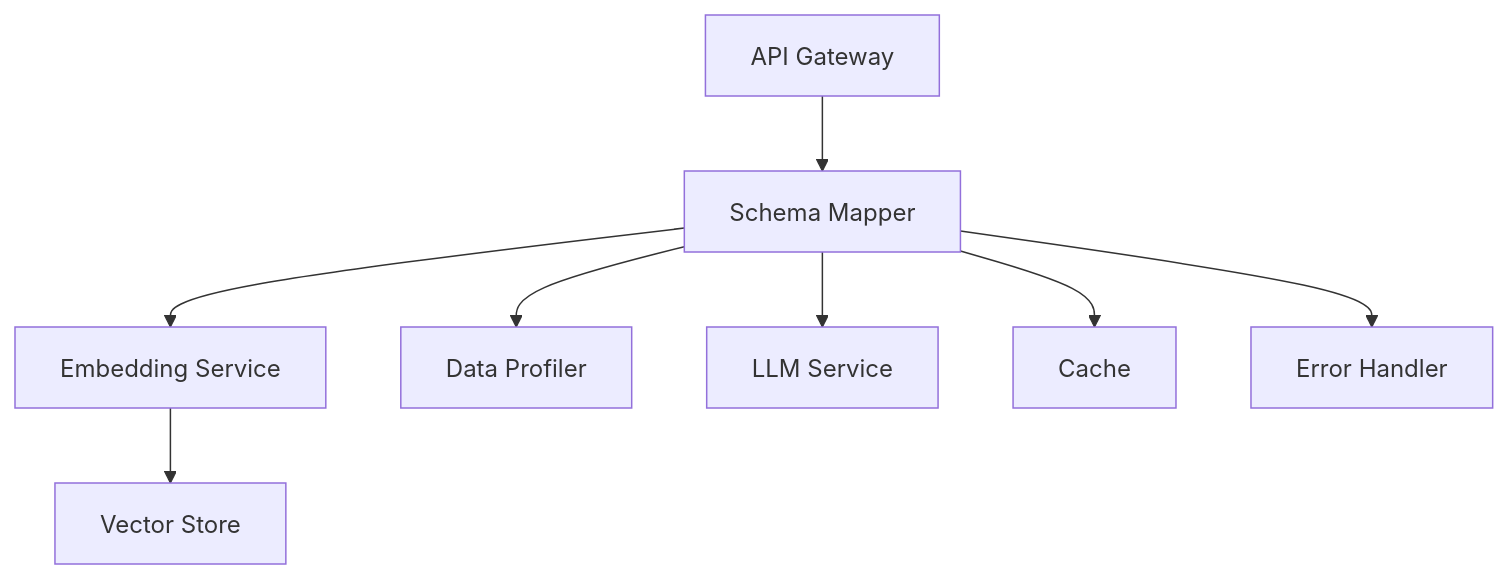
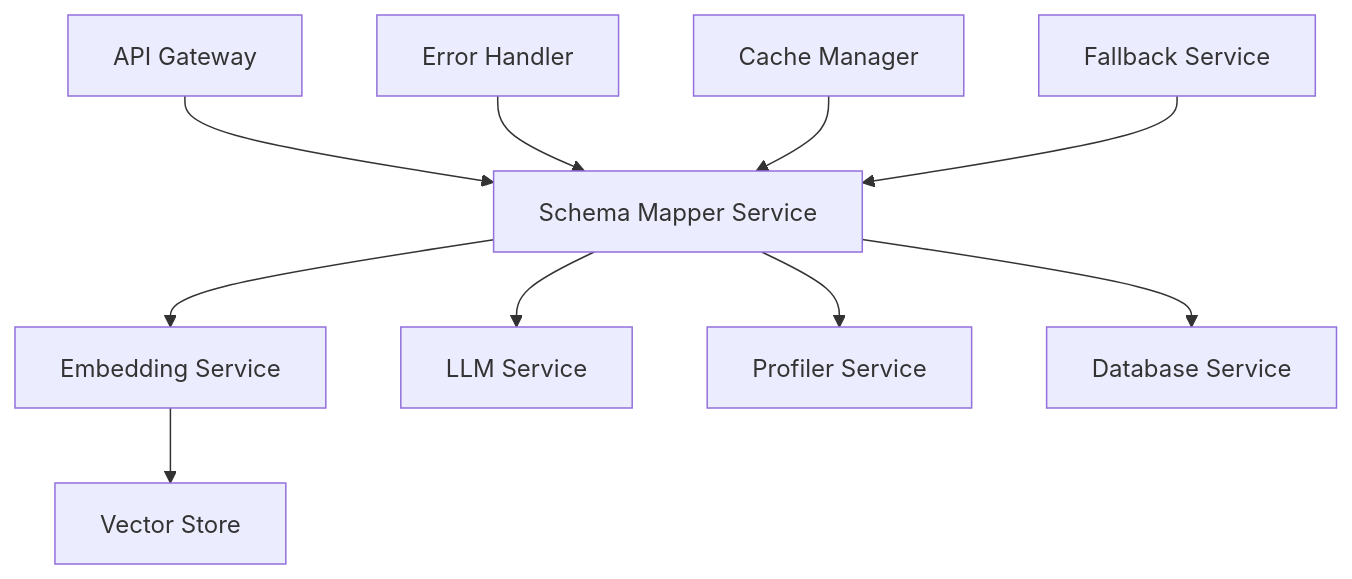
Before and after one commit to trishtr/schema_mapper: the diagram in docs/COMPREHENSIVE_GUIDE.md, drawn with Mermaid. The commit also changed other lines of this file and 1 other file, not shown here.

````diff
--- a/docs/COMPREHENSIVE_GUIDE.md
+++ b/docs/COMPREHENSIVE_GUIDE.md
@@ -92,10 +29,12 @@
 ```mermaid
 graph TD
-    A[API Gateway] --> B[Schema Mapper]
+    A[API Gateway] --> B[Schema Mapper Service]
     B --> C[Embedding Service]
-    B --> D[Data Profiler]
-    B --> E[LLM Service]
+    B --> D[LLM Service]
+    B --> E[Profiler Service]
     C --> F[Vector Store]
-    B --> G[Cache]
-    B --> H[Error Handler]
+    B --> G[Database Service]
+    H[Error Handler] --> B
+    I[Cache Manager] --> B
+    J[Fallback Service] --> B
 ```
````
